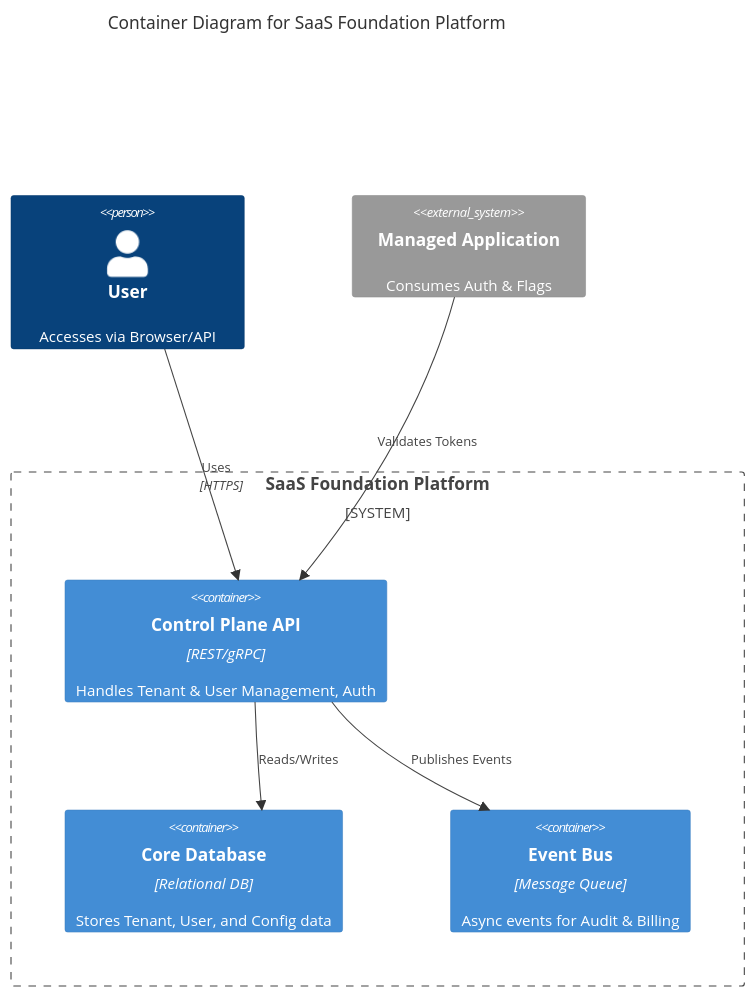
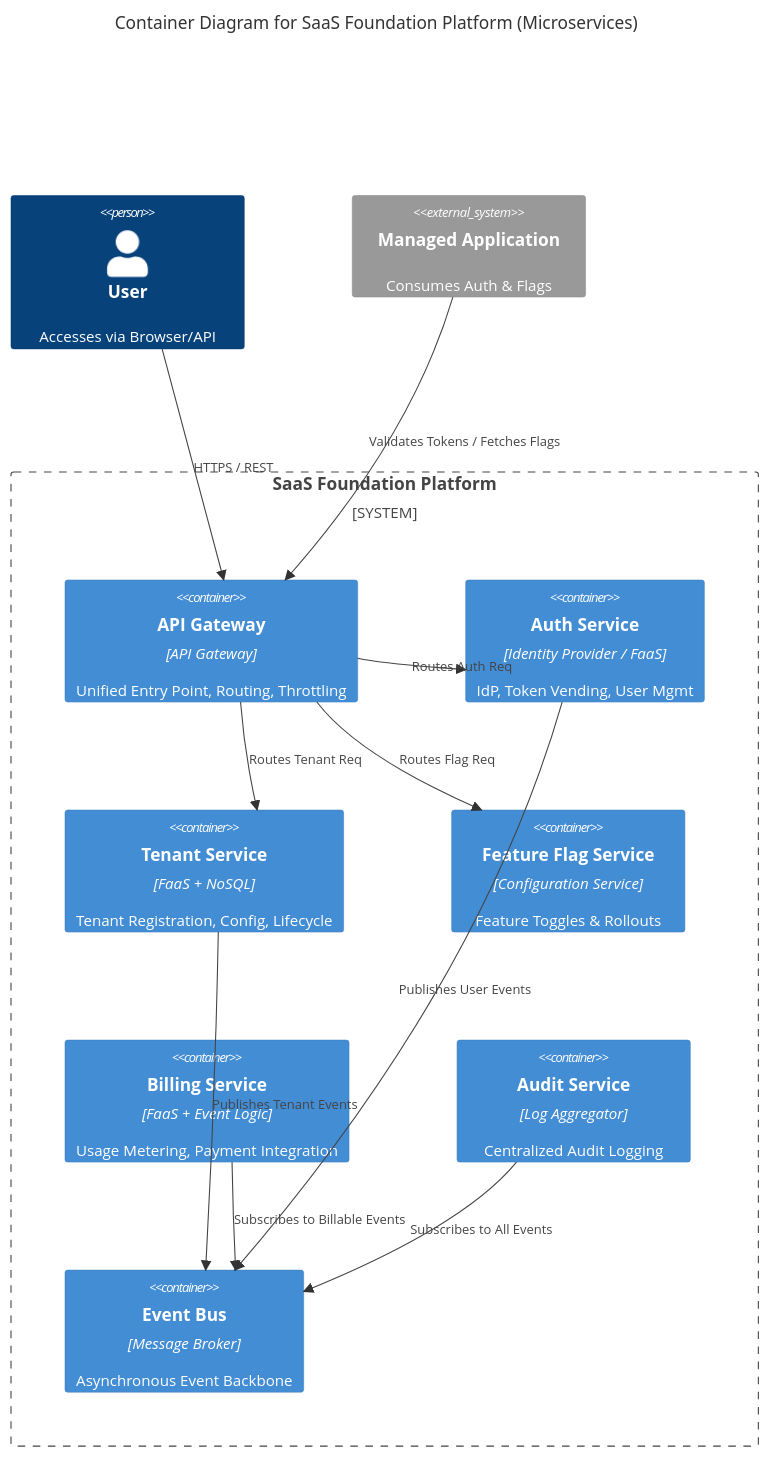
The first of 2 diagrams in doc/arch/views/building-block-view.rst (sonesuke/sid), drawn with Mermaid before and after one commit. The commit also changed other lines of this file and 7 other files, not shown here.

First line of the commit message:
docs(arch): refine architecture views and add ADRs for microservices

```diff
--- a/doc/arch/views/building-block-view.rst
+++ b/doc/arch/views/building-block-view.rst
@@ -8,19 +9,33 @@
 .. mermaid::
    
    C4Container
-      title Container Diagram for SaaS Foundation Platform
+      title Container Diagram for SaaS Foundation Platform (Microservices)
 
       Person(user, "User", "Accesses via Browser/API")
       
       System_Boundary(c1, "SaaS Foundation Platform") {
-         Container(api, "Control Plane API", "REST/gRPC", "Handles Tenant & User Management, Auth")
-         Container(db, "Core Database", "Relational DB", "Stores Tenant, User, and Config data")
-         Container(event_bus, "Event Bus", "Message Queue", "Async events for Audit & Billing")
+         Container(api_gw, "API Gateway", "API Gateway", "Unified Entry Point, Routing, Throttling")
+         
+         Container(auth_svc, "Auth Service", "Identity Provider / FaaS", "IdP, Token Vending, User Mgmt")
+         Container(tenant_svc, "Tenant Service", "FaaS + NoSQL", "Tenant Registration, Config, Lifecycle")
+         Container(flag_svc, "Feature Flag Service", "Configuration Service", "Feature Toggles & Rollouts")
+         Container(billing_svc, "Billing Service", "FaaS + Event Logic", "Usage Metering, Payment Integration")
+         Container(audit_svc, "Audit Service", "Log Aggregator", "Centralized Audit Logging")
+         
+         Container(event_bus, "Event Bus", "Message Broker", "Asynchronous Event Backbone")
       }
 
       System_Ext(app, "Managed Application", "Consumes Auth & Flags")
 
-      Rel(user, api, "Uses", "HTTPS")
-      Rel(api, db, "Reads/Writes")
-      Rel(api, event_bus, "Publishes Events")
-      Rel(app, api, "Validates Tokens")
+      Rel(user, api_gw, "HTTPS / REST")
+      
+      Rel(api_gw, auth_svc, "Routes Auth Req")
+      Rel(api_gw, tenant_svc, "Routes Tenant Req")
+      Rel(api_gw, flag_svc, "Routes Flag Req")
+      
+      Rel(auth_svc, event_bus, "Publishes User Events")
+      Rel(tenant_svc, event_bus, "Publishes Tenant Events")
+      Rel(billing_svc, event_bus, "Subscribes to Billable Events")
+      Rel(audit_svc, event_bus, "Subscribes to All Events")
+      
+      Rel(app, api_gw, "Validates Tokens / Fetches Flags")
```
